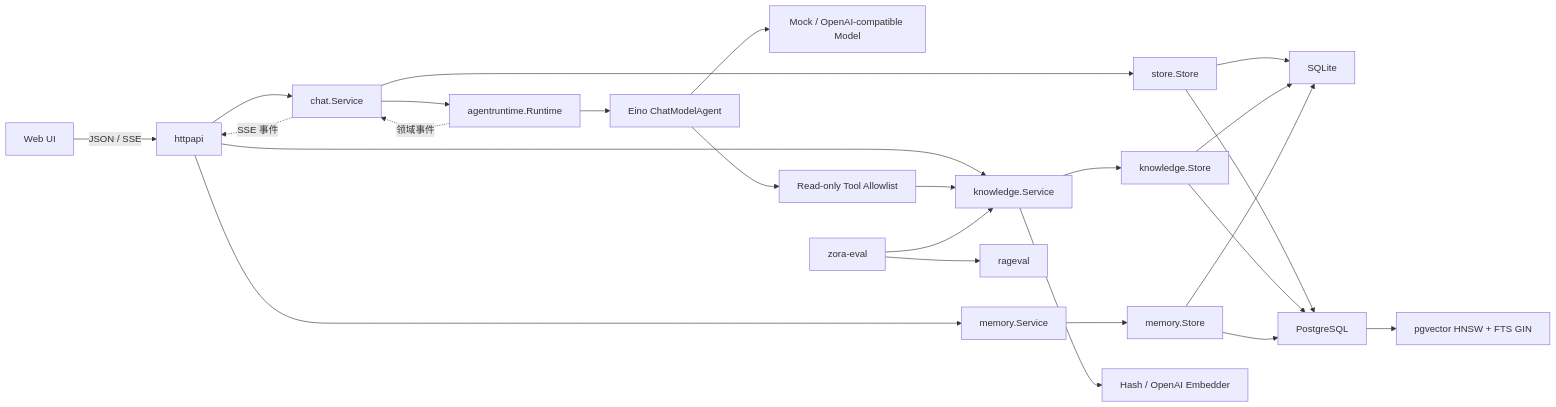
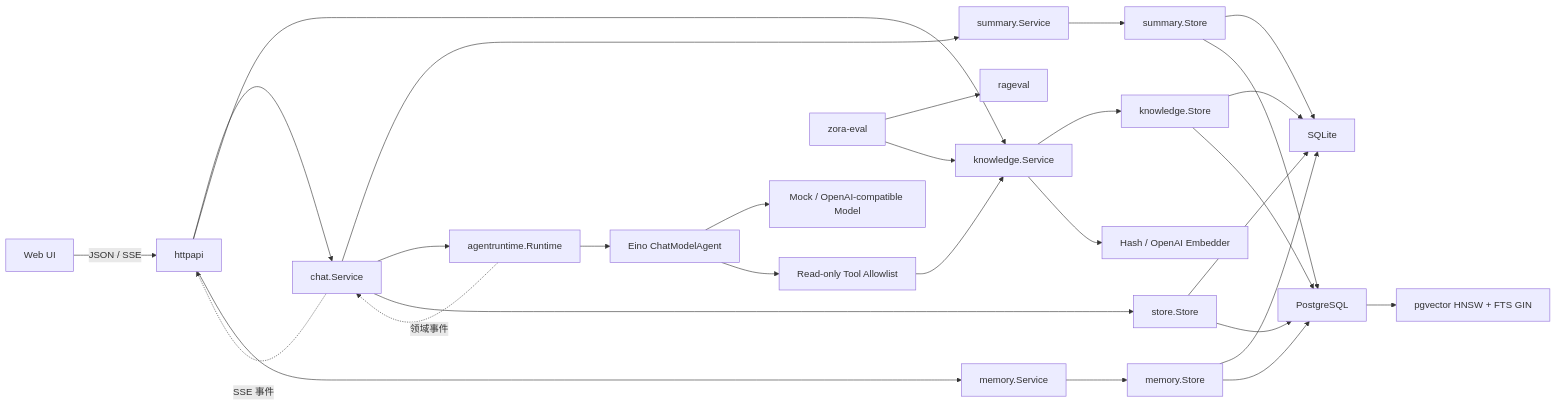
Before and after one commit to zora-DD/zora: the sixth of 6 diagrams in docs/project-analysis.md, drawn with Mermaid. The commit also changed other lines of this file and 27 other files, not shown here.

````diff
--- a/docs/project-analysis.md
+++ b/docs/project-analysis.md
@@ -337,28 +374,32 @@
 ```mermaid
 flowchart LR
     Browser["Web UI"] -->|"JSON / SSE"| HTTP["httpapi"]
     HTTP --> Chat["chat.Service"]
     HTTP --> Knowledge["knowledge.Service"]
     HTTP --> Memory["memory.Service"]
+    Chat --> Summary["summary.Service"]
     Chat --> Runtime["agentruntime.Runtime"]
     Runtime --> ADK["Eino ChatModelAgent"]
     ADK --> Model["Mock / OpenAI-compatible Model"]
     ADK --> Tools["Read-only Tool Allowlist"]
     Tools --> Knowledge
     Chat --> Store["store.Store"]
     Knowledge --> KStore["knowledge.Store"]
     Memory --> MStore["memory.Store"]
+    Summary --> SStore["summary.Store"]
     Store --> SQLite["SQLite"]
     KStore --> SQLite
     MStore --> SQLite
+    SStore --> SQLite
     Store --> PostgreSQL["PostgreSQL"]
     KStore --> PostgreSQL
     MStore --> PostgreSQL
+    SStore --> PostgreSQL
     PostgreSQL --> PGVector["pgvector HNSW + FTS GIN"]
     Knowledge --> Embedder["Hash / OpenAI Embedder"]
     EvalCLI["zora-eval"] --> RAGEval["rageval"]
     EvalCLI --> Knowledge
 
     Runtime -. "领域事件" .-> Chat
     Chat -. "SSE 事件" .-> HTTP
 ```
````
